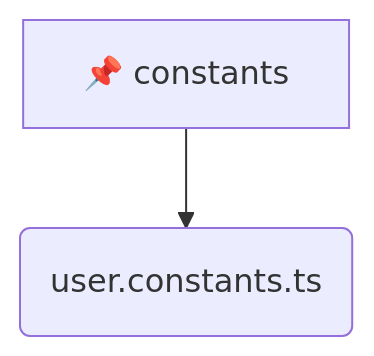
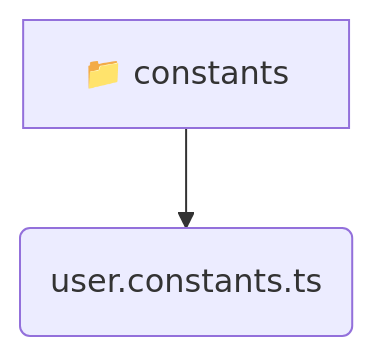
The diagram in frontend/src/entities/user/constants/README.md (beginwebdev2002/fullstack-mavluda), drawn with Mermaid before and after one commit. The commit also changed other lines of this file and 155 other files, not shown here.

````diff
--- a/frontend/src/entities/user/constants/README.md
+++ b/frontend/src/entities/user/constants/README.md
@@ -9,5 +11,5 @@
 ```mermaid
 graph TD
-  constants[📌 constants]
-  constants --> user_constants_ts(user.constants.ts)
+  constants[📁 constants]
+  constants --> constants_user_constants_ts(user.constants.ts)
 ```
````
